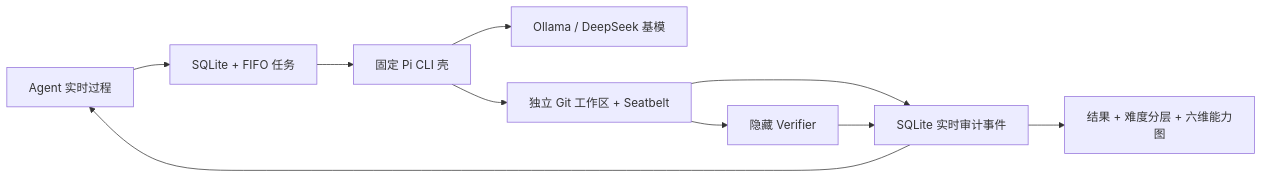
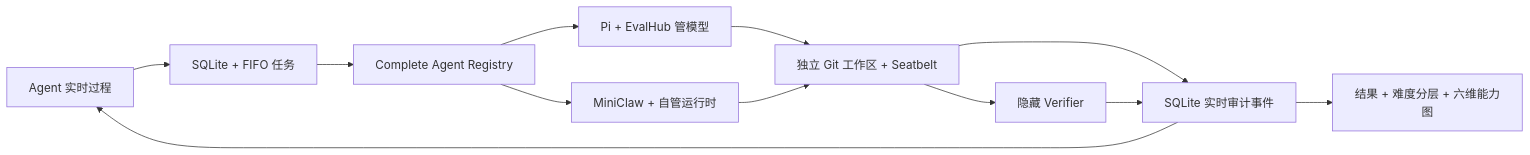
Before and after one commit to NEDONION/evalhub: the diagram in docs/getting-started/20260804_本地运行指南.md, drawn with Mermaid. The commit also changed other lines of this file and 5 other files, not shown here.

Commit message:
docs: describe complete agent evaluation

````diff
--- a/docs/getting-started/20260804_本地运行指南.md
+++ b/docs/getting-started/20260804_本地运行指南.md
@@ -192,12 +207,14 @@
 ```mermaid
 flowchart LR
     UI["Agent 评测表单"] --> Queue["SQLite + FIFO 任务"]
-    Queue --> Pi["固定 Pi CLI 壳"]
-    Pi --> Model["Ollama / DeepSeek 基模"]
+    Queue --> Registry["Complete Agent Registry"]
+    Registry --> Pi["Pi + EvalHub 管模型"]
+    Registry --> MiniClaw["MiniClaw + 自管运行时"]
     Pi --> Workspace["独立 Git 工作区 + Seatbelt"]
+    MiniClaw --> Workspace
     Workspace --> Trace["SQLite 实时审计事件"]
     Trace --> UI["Agent 实时过程"]
     Workspace --> Verify["隐藏 Verifier"]
     Verify --> Trace
     Trace --> Report["结果 + 难度分层 + 六维能力图"]
 ```
````
